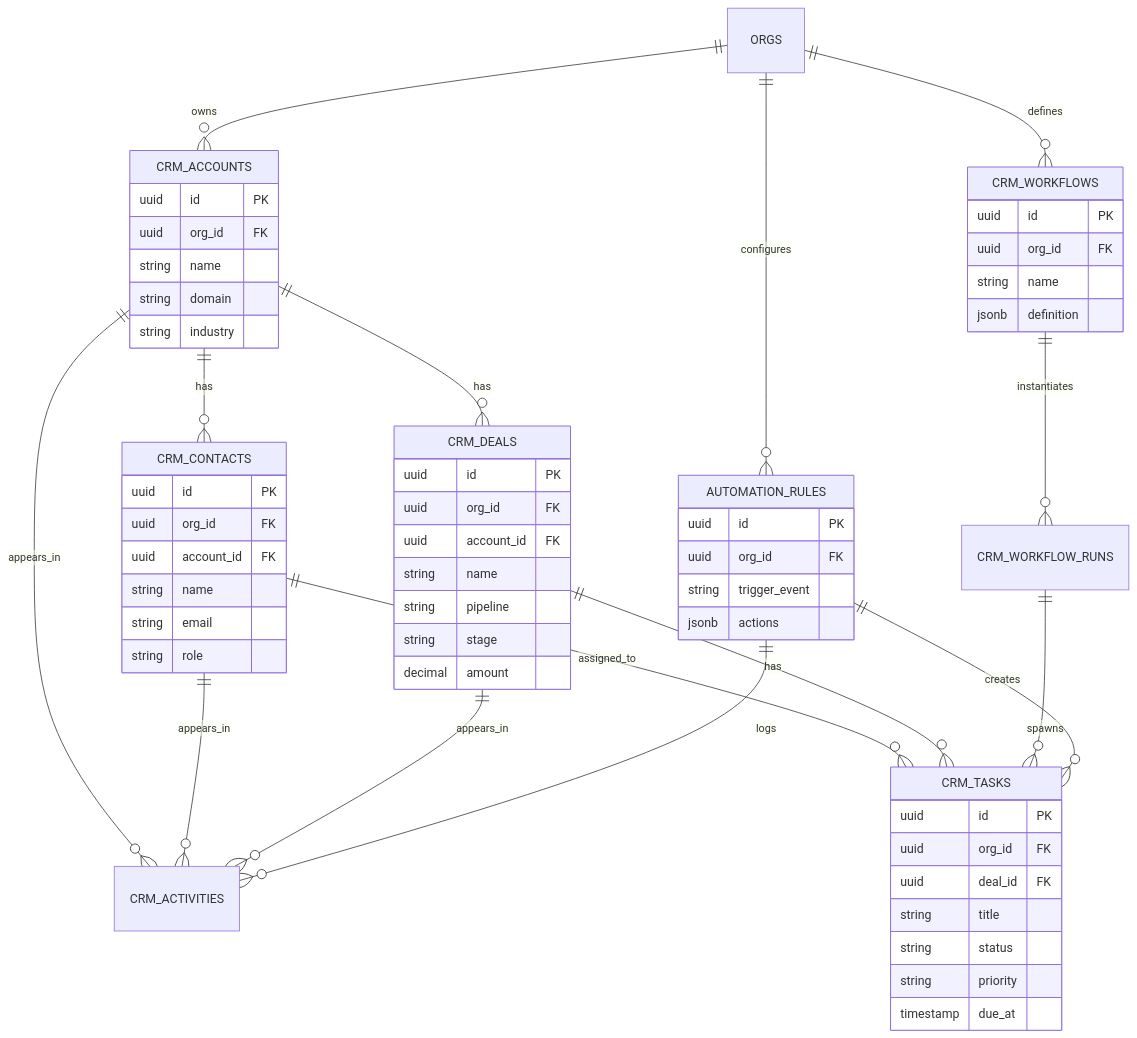
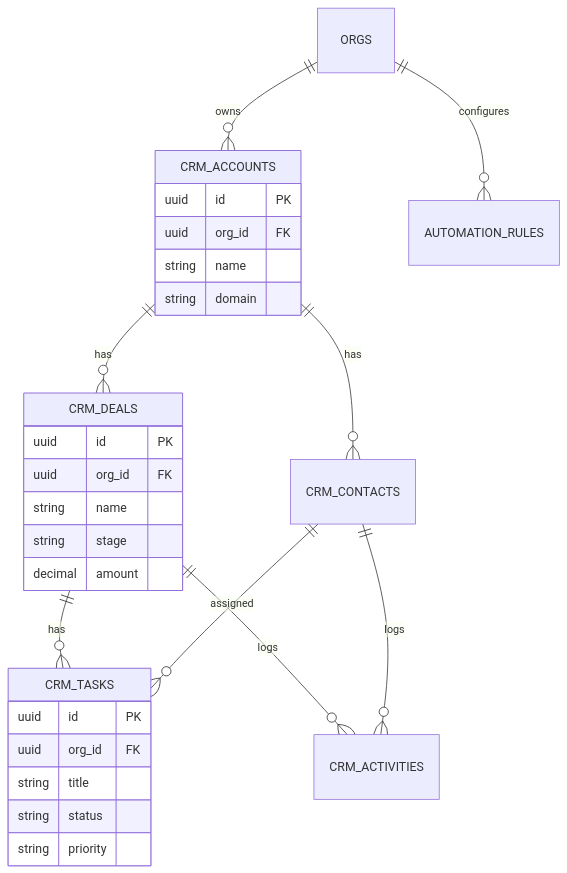
One commit to amo-tech-ai/sun100 changed the seventh of 7 diagrams in plan/todo/04-crm-system.md. Above: the diagram before and after it, drawn with Mermaid. The commit also changed other lines of this file, not shown here.

First line of the commit message:
docs: Update Visual CRM PRD with Lean Canvas structure

````diff
--- a/plan/todo/04-crm-system.md
+++ b/plan/todo/04-crm-system.md
@@ -1630,73 +432,37 @@
 ```mermaid
 erDiagram
     ORGS ||--o{ CRM_ACCOUNTS : owns
-    ORGS ||--o{ CRM_WORKFLOWS : defines
     ORGS ||--o{ AUTOMATION_RULES : configures
     
     CRM_ACCOUNTS ||--o{ CRM_CONTACTS : has
     CRM_ACCOUNTS ||--o{ CRM_DEALS : has
-    CRM_ACCOUNTS ||--o{ CRM_ACTIVITIES : appears_in
-    
-    CRM_CONTACTS ||--o{ CRM_ACTIVITIES : appears_in
-    CRM_CONTACTS ||--o{ CRM_TASKS : assigned_to
     
     CRM_DEALS ||--o{ CRM_TASKS : has
-    CRM_DEALS ||--o{ CRM_ACTIVITIES : appears_in
+    CRM_DEALS ||--o{ CRM_ACTIVITIES : logs
     
-    CRM_WORKFLOWS ||--o{ CRM_WORKFLOW_RUNS : instantiates
-    CRM_WORKFLOW_RUNS ||--o{ CRM_TASKS : spawns
-    
-    AUTOMATION_RULES ||--o{ CRM_TASKS : creates
-    AUTOMATION_RULES ||--o{ CRM_ACTIVITIES : logs
+    CRM_CONTACTS ||--o{ CRM_TASKS : assigned
+    CRM_CONTACTS ||--o{ CRM_ACTIVITIES : logs
 
     CRM_ACCOUNTS {
         uuid id PK
         uuid org_id FK
         string name
         string domain
-        string industry
-    }
-
-    CRM_CONTACTS {
-        uuid id PK
-        uuid org_id FK
-        uuid account_id FK
-        string name
-        string email
-        string role
     }
 
     CRM_DEALS {
         uuid id PK
         uuid org_id FK
-        uuid account_id FK
         string name
-        string pipeline
         string stage
         decimal amount
     }
 
     CRM_TASKS {
         uuid id PK
         uuid org_id FK
-        uuid deal_id FK
         string title
         string status
         string priority
-        timestamp due_at
-    }
-
-    CRM_WORKFLOWS {
-        uuid id PK
-        uuid org_id FK
-        string name
-        jsonb definition
-    }
-
-    AUTOMATION_RULES {
-        uuid id PK
-        uuid org_id FK
-        string trigger_event
-        jsonb actions
     }
 ```
````
